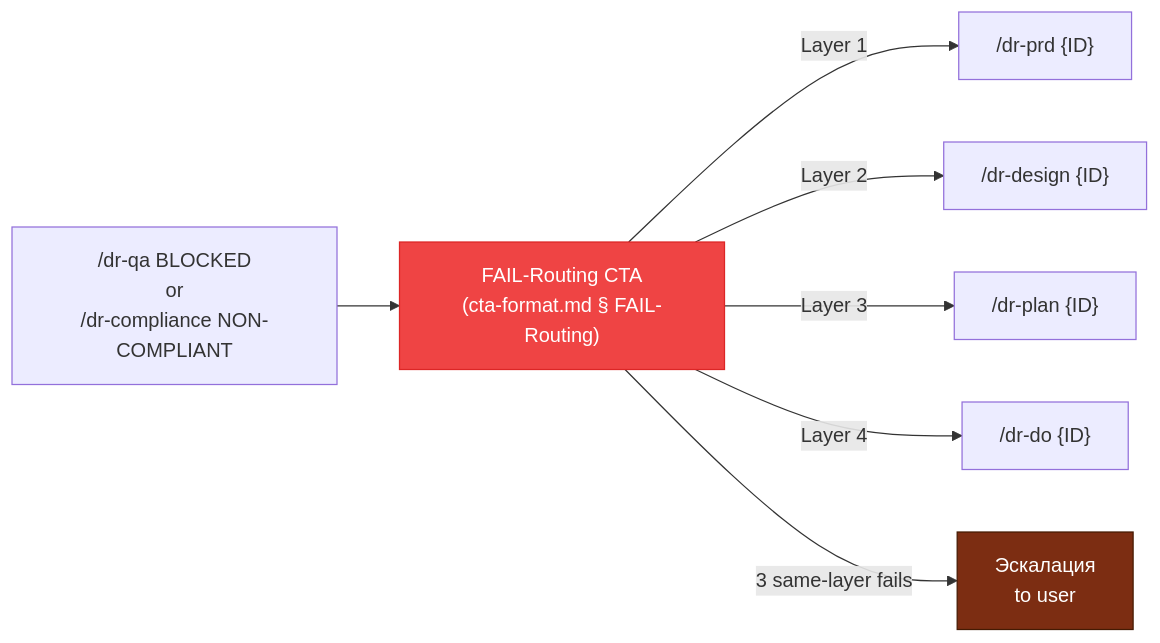
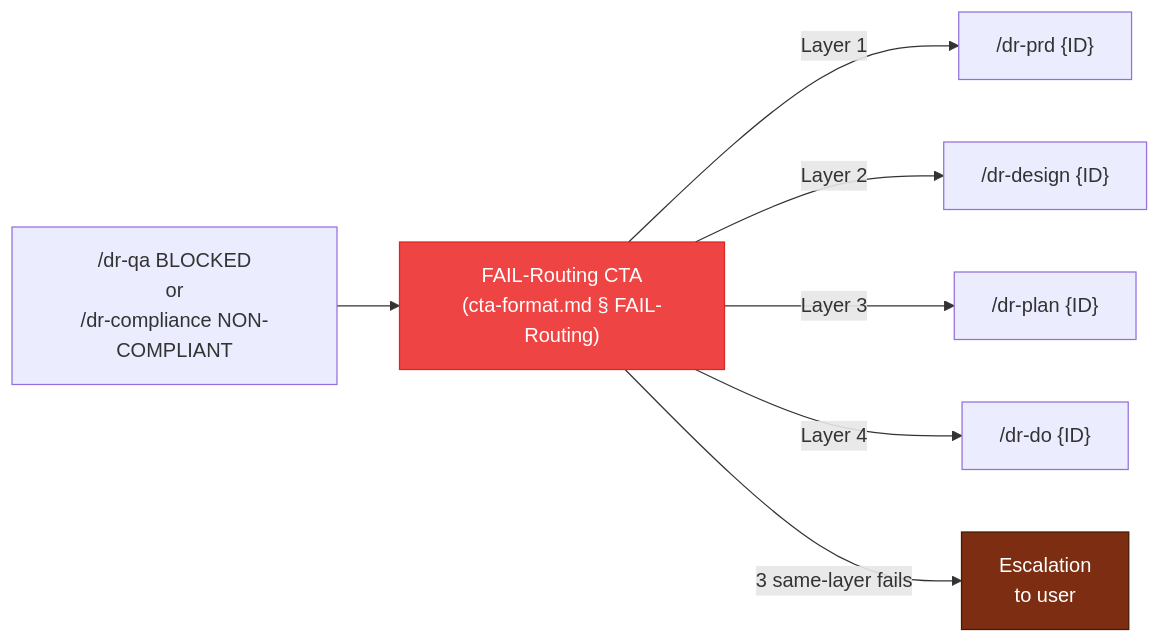
Before and after one commit to Arcanada-one/datarim: the third of 5 diagrams in skills/visual-maps/pipeline-routing.md, drawn with Mermaid. The commit also changed 95 other files, not shown here.

````diff
--- a/skills/visual-maps/pipeline-routing.md
+++ b/skills/visual-maps/pipeline-routing.md
@@ -71,12 +71,12 @@
 ```mermaid
 graph LR
     Fail["/dr-qa BLOCKED<br>or<br>/dr-compliance NON-COMPLIANT"] --> CtaFail["FAIL-Routing CTA<br>(cta-format.md § FAIL-Routing)"]
     CtaFail -->|"Layer 1"| L1return["/dr-prd {ID}"]
     CtaFail -->|"Layer 2"| L2return["/dr-design {ID}"]
     CtaFail -->|"Layer 3"| L3return["/dr-plan {ID}"]
     CtaFail -->|"Layer 4"| L4return["/dr-do {ID}"]
-    CtaFail -->|"3 same-layer fails"| Esc["Эскалация<br>to user"]
+    CtaFail -->|"3 same-layer fails"| Esc["Escalation<br>to user"]
 
     style CtaFail fill:#ef4444,stroke:#dc2626,color:white
     style Esc fill:#7c2d12,stroke:#451a03,color:white
 ```
````
